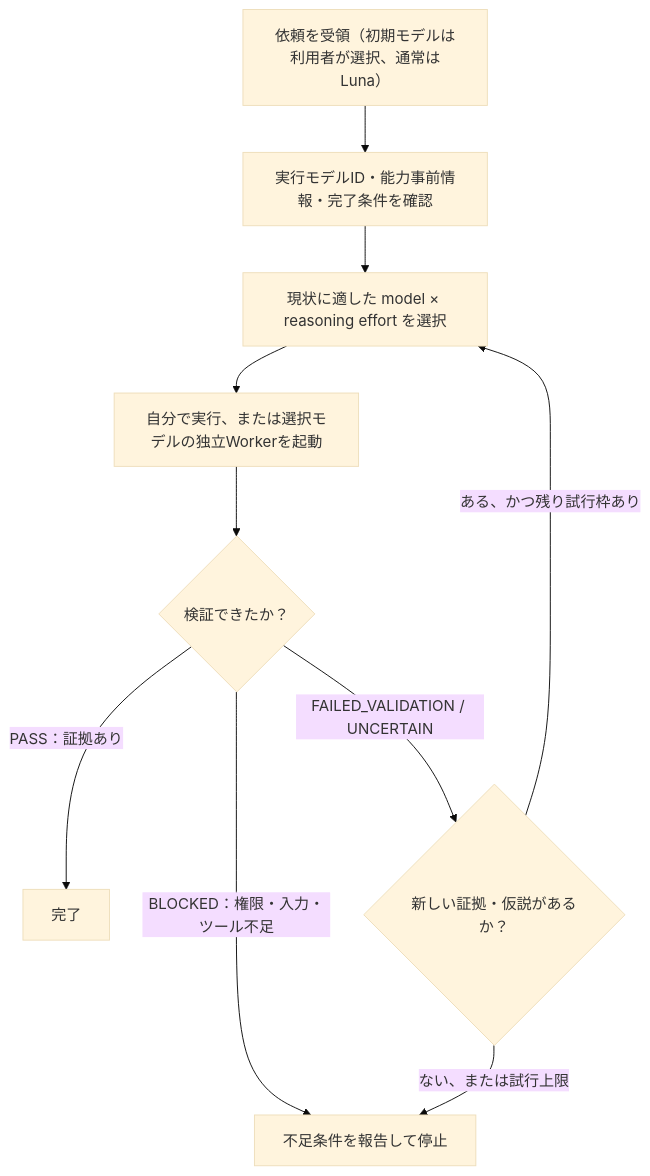
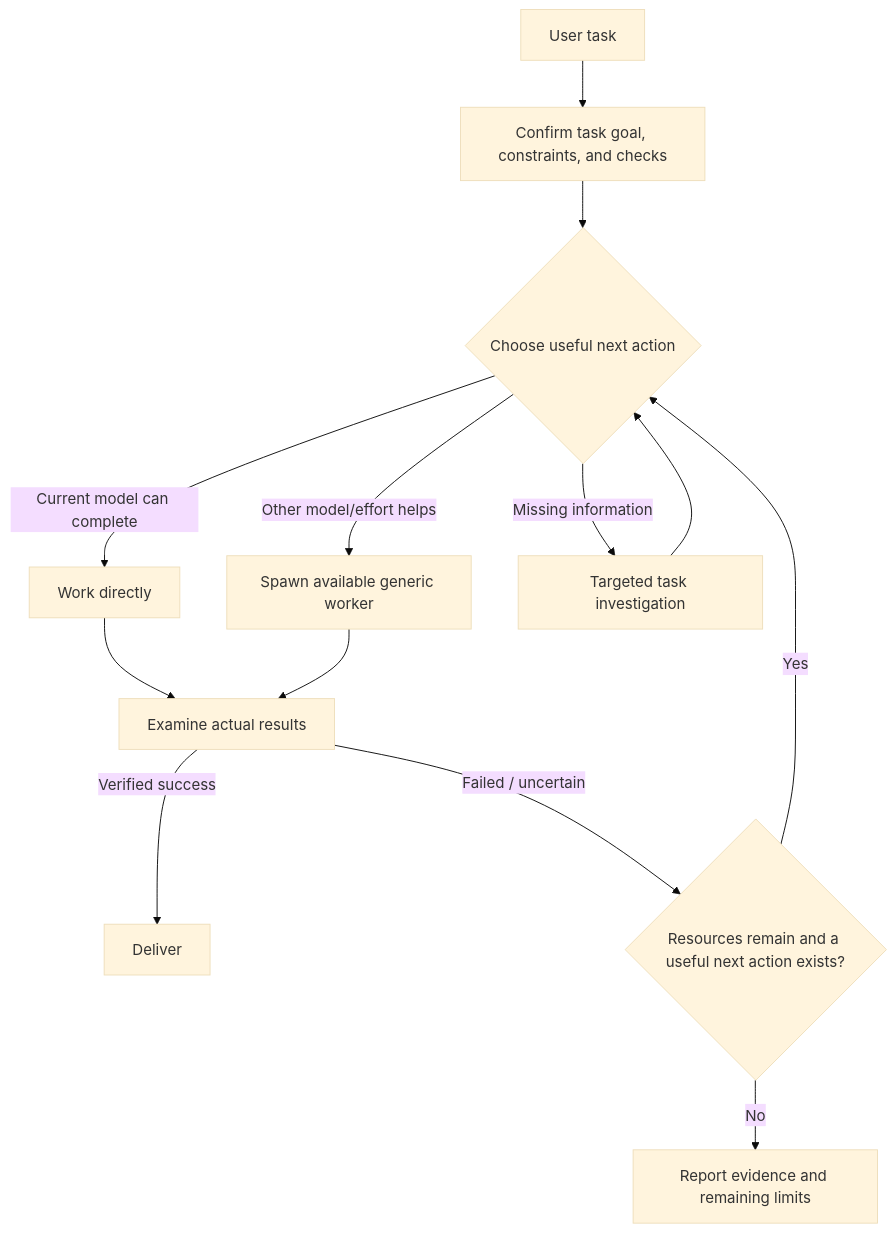
Before and after one commit to Unjuno/AgentMD: the diagram in README.md, drawn with Mermaid (base theme). The commit also changed other lines of this file, not shown here.

````diff
--- a/README.md
+++ b/README.md
@@ -40,12 +9,15 @@
 ```mermaid
 flowchart TD
-    U["依頼を受領（初期モデルは利用者が選択、通常はLuna）"] --> P["実行モデルID・能力事前情報・完了条件を確認"]
-    P --> R["現状に適した model × reasoning effort を選択"]
-    R --> W["自分で実行、または選択モデルの独立Workerを起動"]
-    W --> V{"検証できたか？"}
-    V -->|"PASS：証拠あり"| DONE["完了"]
-    V -->|"BLOCKED：権限・入力・ツール不足"| STOP["不足条件を報告して停止"]
-    V -->|"FAILED_VALIDATION / UNCERTAIN"| C{"新しい証拠・仮説があるか？"}
-    C -->|"ある、かつ残り試行枠あり"| R
-    C -->|"ない、または試行上限"| STOP
+    A["User task"] --> B["Confirm task goal, constraints, and checks"]
+    B --> C{"Choose useful next action"}
+    C -->|"Current model can complete"| D["Work directly"]
+    C -->|"Other model/effort helps"| E["Spawn available generic worker"]
+    C -->|"Missing information"| F["Targeted task investigation"]
+    F --> C
+    D --> G["Examine actual results"]
+    E --> G
+    G -->|"Verified success"| H["Deliver"]
+    G -->|"Failed / uncertain"| I{"Resources remain and a useful next action exists?"}
+    I -->|"Yes"| C
+    I -->|"No"| J["Report evidence and remaining limits"]
 ```
````
